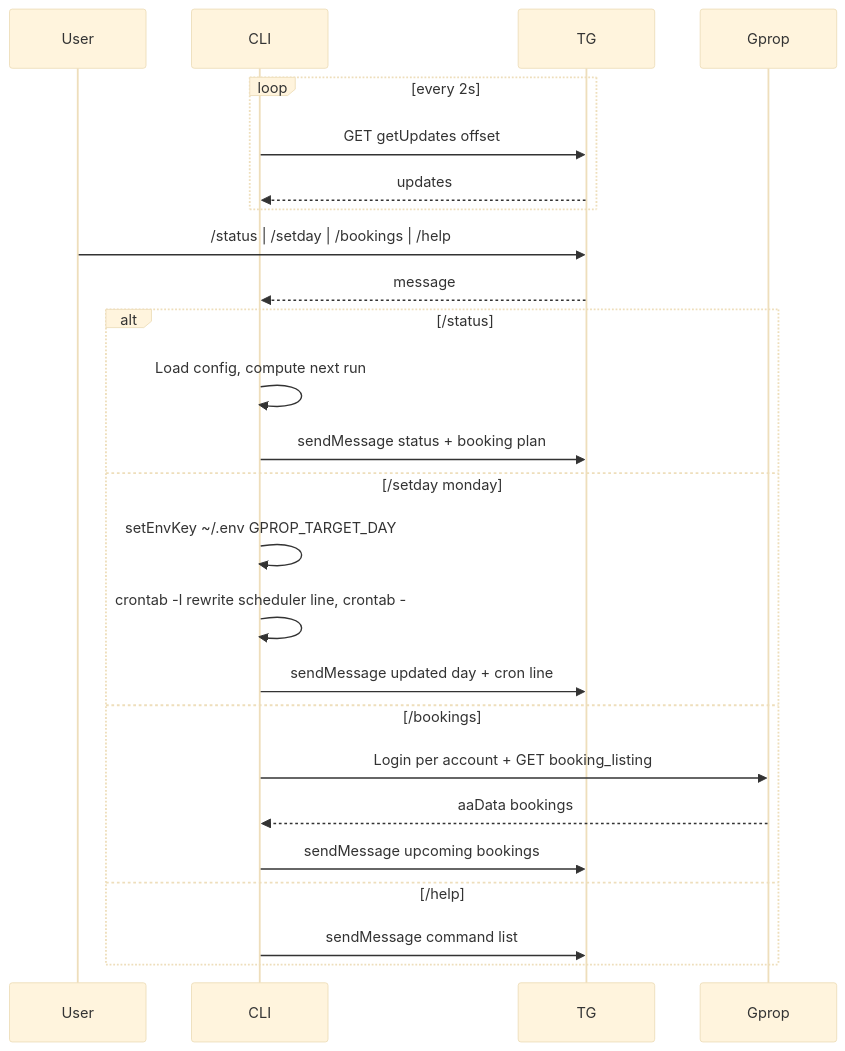
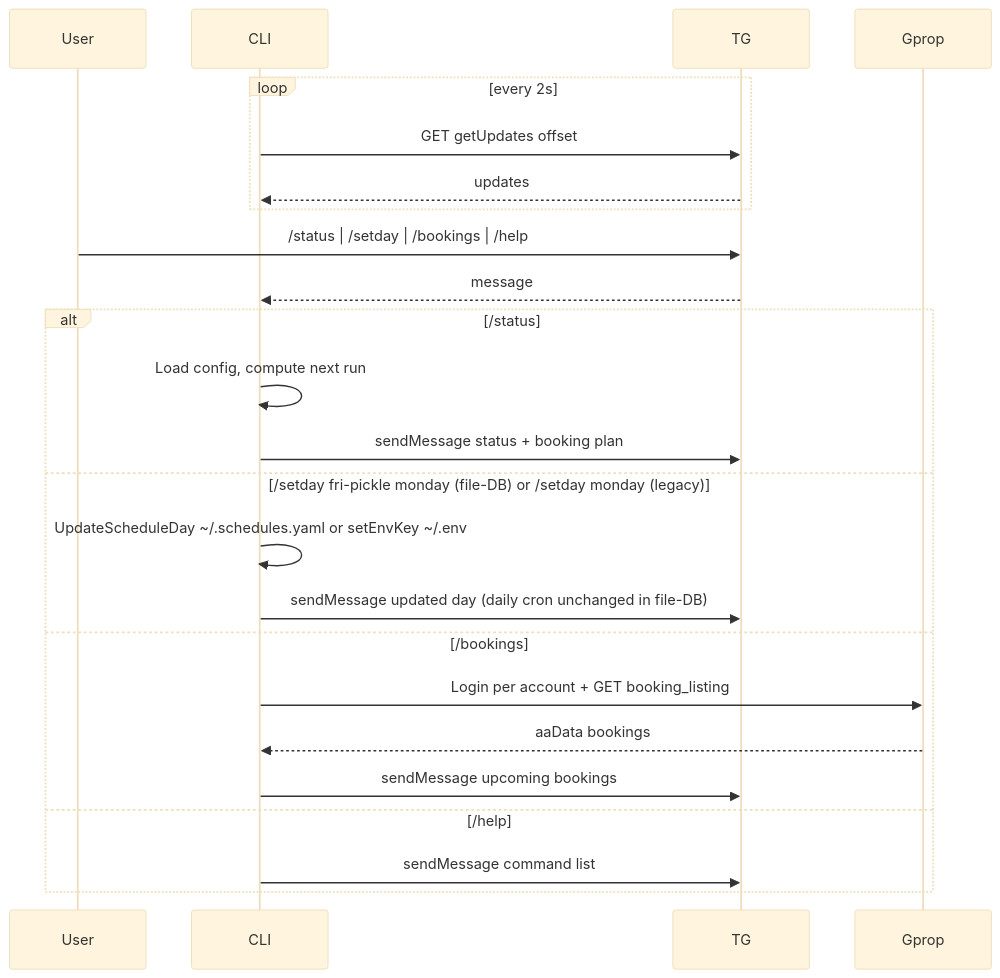
Before and after one commit to zhenghung/court-booking-bot: the seventh of 9 diagrams in docs/architecture.md, drawn with Mermaid (base theme). The commit also changed other lines of this file and 6 other files, not shown here.

First line of the commit message:
feat: daily file-DB cron, /setday and /status schedule-aware (#13)

````diff
--- a/docs/architecture.md
+++ b/docs/architecture.md
@@ -135,27 +135,26 @@
 ```mermaid
 sequenceDiagram
     participant User
     participant CLI
     participant TG
     participant Gprop
     loop every 2s
         CLI->>TG: GET getUpdates offset
         TG-->>CLI: updates
     end
     User->>TG: /status | /setday | /bookings | /help
     TG-->>CLI: message
     alt /status
         CLI->>CLI: Load config, compute next run
         CLI->>TG: sendMessage status + booking plan
-    else /setday monday
-        CLI->>CLI: setEnvKey ~/.env GPROP_TARGET_DAY
-        CLI->>CLI: crontab -l rewrite scheduler line, crontab -
-        CLI->>TG: sendMessage updated day + cron line
+    else /setday fri-pickle monday (file-DB) or /setday monday (legacy)
+        CLI->>CLI: UpdateScheduleDay ~/.schedules.yaml or setEnvKey ~/.env
+        CLI->>TG: sendMessage updated day (daily cron unchanged in file-DB)
     else /bookings
         CLI->>Gprop: Login per account + GET booking_listing
         Gprop-->>CLI: aaData bookings
         CLI->>TG: sendMessage upcoming bookings
     else /help
         CLI->>TG: sendMessage command list
     end
 ```
````
